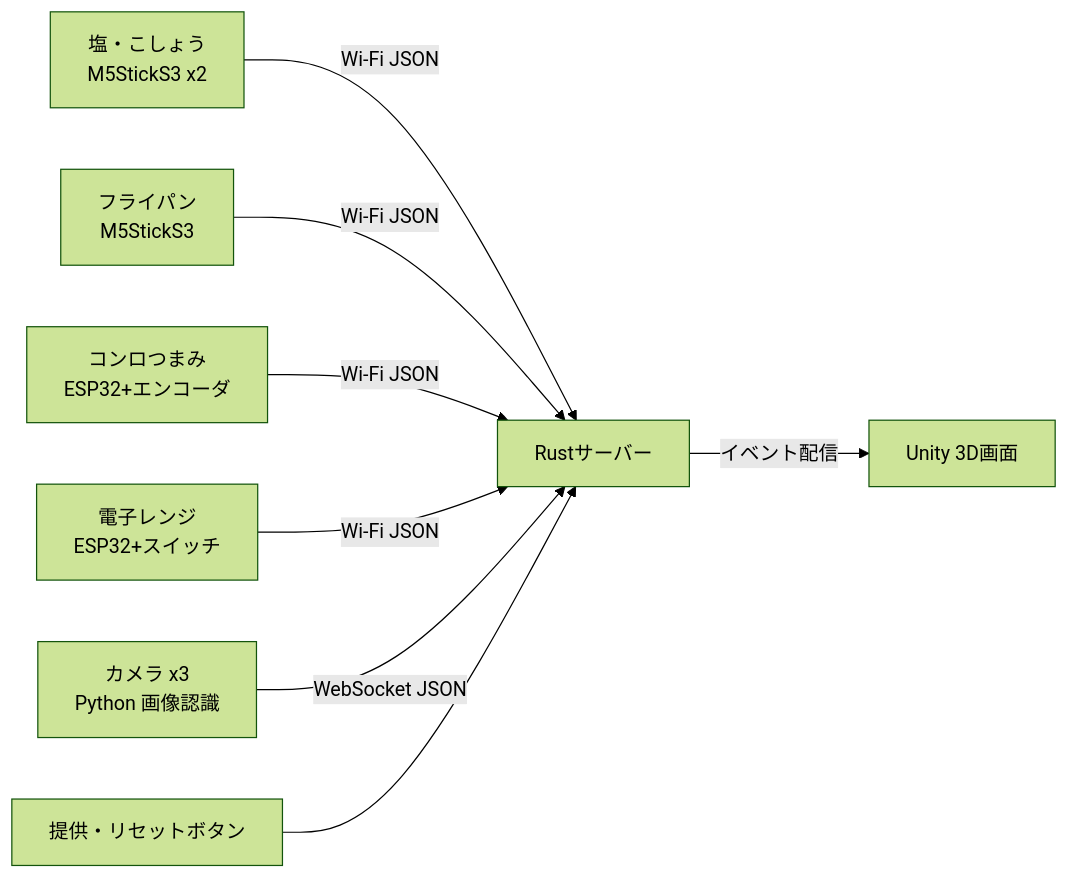
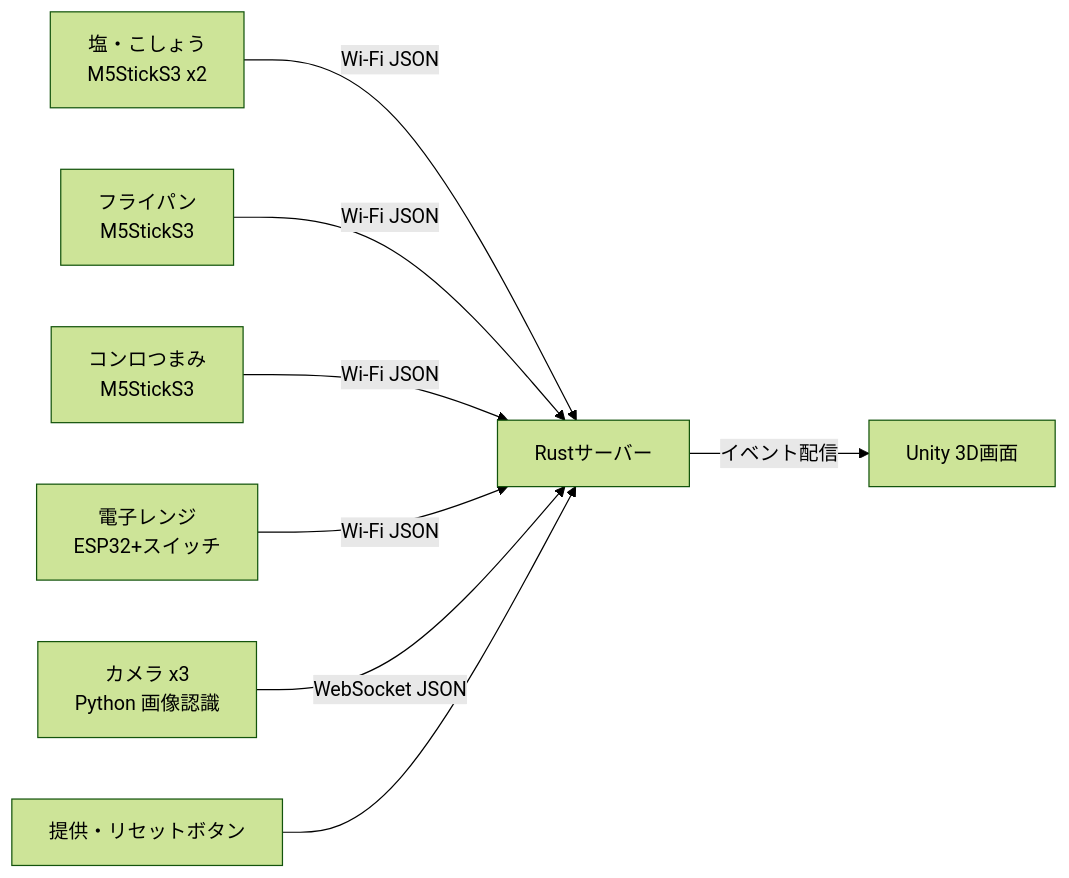
One commit to kokonao1111/HEW-omamagoto changed the first of 2 diagrams in docs/要件定義書_v1.md. Above: the diagram before and after it, drawn with Mermaid (forest theme). The commit also changed other lines of this file, not shown here.

Commit message:
docs: コンロつまみをエンコーダから M5StickS3 の回転角に変更

````diff
--- a/docs/要件定義書_v1.md
+++ b/docs/要件定義書_v1.md
@@ -64,10 +64,10 @@
 ```mermaid
 flowchart LR
   salt[塩・こしょう<br/>M5StickS3 x2] -->|Wi-Fi JSON| server[Rustサーバー]
   pan[フライパン<br/>M5StickS3] -->|Wi-Fi JSON| server
-  knob[コンロつまみ<br/>ESP32+エンコーダ] -->|Wi-Fi JSON| server
+  knob[コンロつまみ<br/>M5StickS3] -->|Wi-Fi JSON| server
   range[電子レンジ<br/>ESP32+スイッチ] -->|Wi-Fi JSON| server
   cam[カメラ x3<br/>Python 画像認識] -->|WebSocket JSON| server
   btn[提供・リセットボタン] --> server
   server -->|イベント配信| unity[Unity 3D画面]
 ```
````
